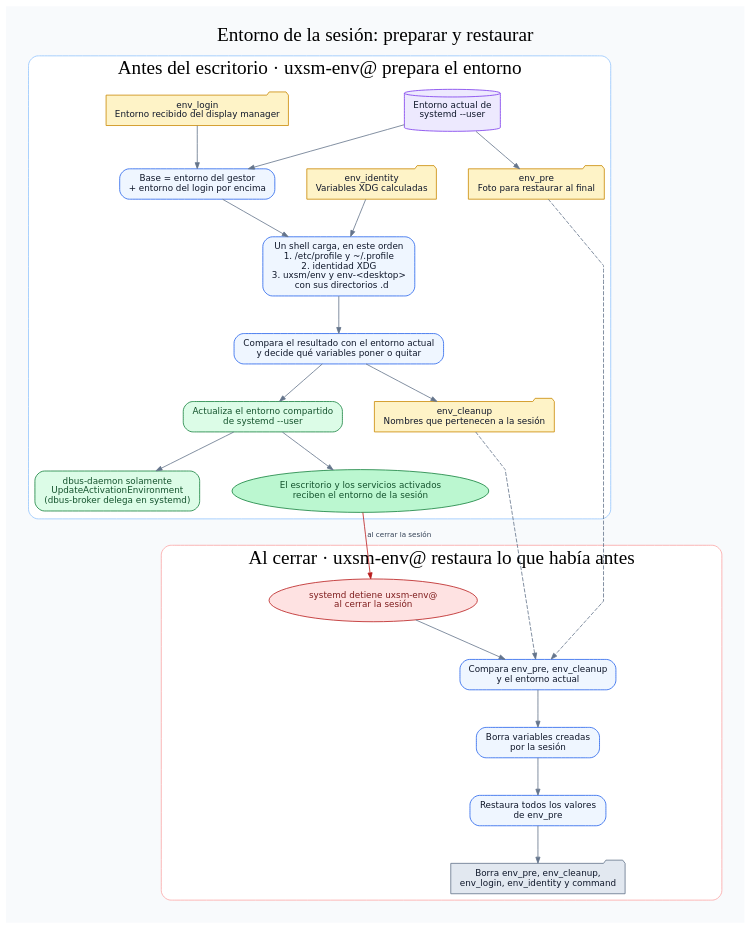
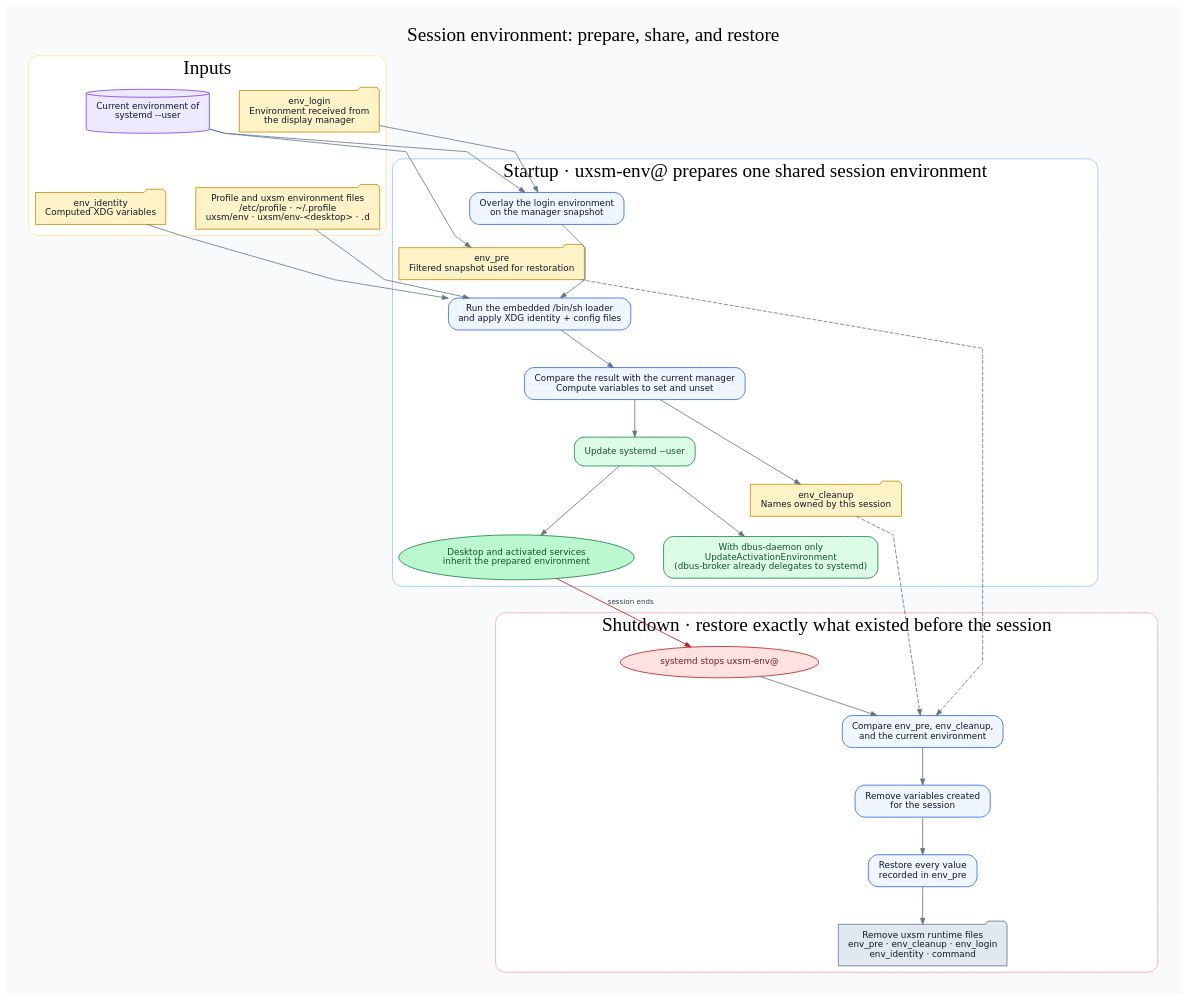
Before and after one commit to heizeisaburou/uxsm: the diagram in docs/flows/environment.dot, drawn with Graphviz. The commit also changed 13 other files, not shown here.

Commit message:
Documentación en inglés y diagramas rehechos

```diff
--- a/docs/flows/environment.dot
+++ b/docs/flows/environment.dot
@@ -1,76 +1,89 @@
 digraph environment {
   graph [
-    label="Entorno de la sesión: preparar y restaurar",
+    label="Session environment: prepare, share, and restore",
     labelloc=t,
     fontsize=24,
     fontname="DejaVu Sans Bold",
     bgcolor="#f8fafc",
     pad=0.28,
-    nodesep=0.55,
+    nodesep=0.52,
     ranksep=0.62,
-    splines=polyline
+    splines=polyline,
+    newrank=true
   ];
   node [shape=box, style="rounded,filled", fontname="DejaVu Sans", fontsize=11,
-        color="#2563eb", fillcolor="#eff6ff", fontcolor="#0f172a", margin="0.15,0.10"];
+        color="#2563eb", fillcolor="#eff6ff", fontcolor="#0f172a", margin="0.16,0.11"];
   edge [fontname="DejaVu Sans", fontsize=9, color="#64748b", fontcolor="#334155", arrowsize=0.75];
 
+  subgraph cluster_inputs {
+    label="Inputs";
+    color="#fde68a";
+    style="rounded,filled";
+    fillcolor="#ffffff";
+    fontname="DejaVu Sans Bold";
+
+    manager [shape=cylinder, fillcolor="#ede9fe", color="#7c3aed",
+             label="Current environment of\nsystemd --user"];
+    login [shape=folder, fillcolor="#fef3c7", color="#ca8a04",
+           label="env_login\nEnvironment received from\nthe display manager"];
+    identity [shape=folder, fillcolor="#fef3c7", color="#ca8a04",
+              label="env_identity\nComputed XDG variables"];
+    config [shape=folder, fillcolor="#fef3c7", color="#ca8a04",
+            label="Profile and uxsm environment files\n/etc/profile · ~/.profile\nuxsm/env · uxsm/env-<desktop> · .d"];
+  }
+
   subgraph cluster_prepare {
-    label="Antes del escritorio · uxsm-env@ prepara el entorno";
+    label="Startup · uxsm-env@ prepares one shared session environment";
     color="#93c5fd";
     style="rounded,filled";
     fillcolor="#ffffff";
     fontname="DejaVu Sans Bold";
 
-    login [shape=folder, fillcolor="#fef3c7", color="#ca8a04",
-           label="env_login\nEntorno recibido del display manager"];
-    identity [shape=folder, fillcolor="#fef3c7", color="#ca8a04",
-              label="env_identity\nVariables XDG calculadas"];
-    manager [shape=cylinder, fillcolor="#ede9fe", color="#7c3aed",
-             label="Entorno actual de\nsystemd --user"];
     snapshot [shape=folder, fillcolor="#fef3c7", color="#ca8a04",
-              label="env_pre\nFoto para restaurar al final"];
-    merge [label="Base = entorno del gestor\n+ entorno del login por encima"];
-    loader [label="Un shell carga, en este orden\n1. /etc/profile y ~/.profile\n2. identidad XDG\n3. uxsm/env y env-<desktop>\n   con sus directorios .d"];
-    diff [label="Compara el resultado con el entorno actual\ny decide qué variables poner o quitar"];
+              label="env_pre\nFiltered snapshot used for restoration"];
+    merge [label="Overlay the login environment\non the manager snapshot"];
+    loader [label="Run the embedded /bin/sh loader\nand apply XDG identity + config files"];
+    diff [label="Compare the result with the current manager\nCompute variables to set and unset"];
     marked [shape=folder, fillcolor="#fef3c7", color="#ca8a04",
-            label="env_cleanup\nNombres que pertenecen a la sesión"];
+            label="env_cleanup\nNames owned by this session"];
     apply [fillcolor="#dcfce7", color="#15803d", fontcolor="#14532d",
-           label="Actualiza el entorno compartido\nde systemd --user"];
+           label="Update systemd --user"];
     dbus [fillcolor="#dcfce7", color="#15803d", fontcolor="#14532d",
-          label="dbus-daemon solamente\nUpdateActivationEnvironment\n(dbus-broker delega en systemd)"];
-    process [shape=oval, fillcolor="#bbf7d0", color="#15803d", fontcolor="#14532d",
-             label="El escritorio y los servicios activados\nreciben el entorno de la sesión"];
+          label="With dbus-daemon only\nUpdateActivationEnvironment\n(dbus-broker already delegates to systemd)"];
+    processes [shape=oval, fillcolor="#bbf7d0", color="#15803d", fontcolor="#14532d",
+               label="Desktop and activated services\ninherit the prepared environment"];
 
-    manager -> snapshot;
-    manager -> merge;
-    login -> merge;
-    identity -> loader;
     merge -> loader -> diff;
     diff -> marked;
     diff -> apply;
     apply -> dbus;
-    apply -> process;
+    apply -> processes;
   }
 
   subgraph cluster_cleanup {
-    label="Al cerrar · uxsm-env@ restaura lo que había antes";
+    label="Shutdown · restore exactly what existed before the session";
     color="#fca5a5";
     style="rounded,filled";
     fillcolor="#ffffff";
     fontname="DejaVu Sans Bold";
 
     stop [shape=oval, fillcolor="#fee2e2", color="#b91c1c", fontcolor="#7f1d1d",
-          label="systemd detiene uxsm-env@\nal cerrar la sesión"];
-    compare [label="Compara env_pre, env_cleanup\ny el entorno actual"];
-    unset [label="Borra variables creadas\npor la sesión"];
-    restore [label="Restaura todos los valores\nde env_pre"];
+          label="systemd stops uxsm-env@"];
+    compare [label="Compare env_pre, env_cleanup,\nand the current environment"];
+    unset [label="Remove variables created\nfor the session"];
+    restore [label="Restore every value\nrecorded in env_pre"];
     remove [shape=folder, fillcolor="#e2e8f0", color="#64748b",
-            label="Borra env_pre, env_cleanup,\nenv_login, env_identity y command"];
+            label="Remove uxsm runtime files\nenv_pre · env_cleanup · env_login\nenv_identity · command"];
 
     stop -> compare -> unset -> restore -> remove;
   }
 
-  process -> stop [label=" al cerrar la sesión ", color="#b91c1c"];
+  manager -> snapshot;
+  manager -> merge;
+  login -> merge;
+  identity -> loader;
+  config -> loader;
+  processes -> stop [label=" session ends ", color="#b91c1c"];
   snapshot -> compare [style=dashed];
   marked -> compare [style=dashed];
 }
```
